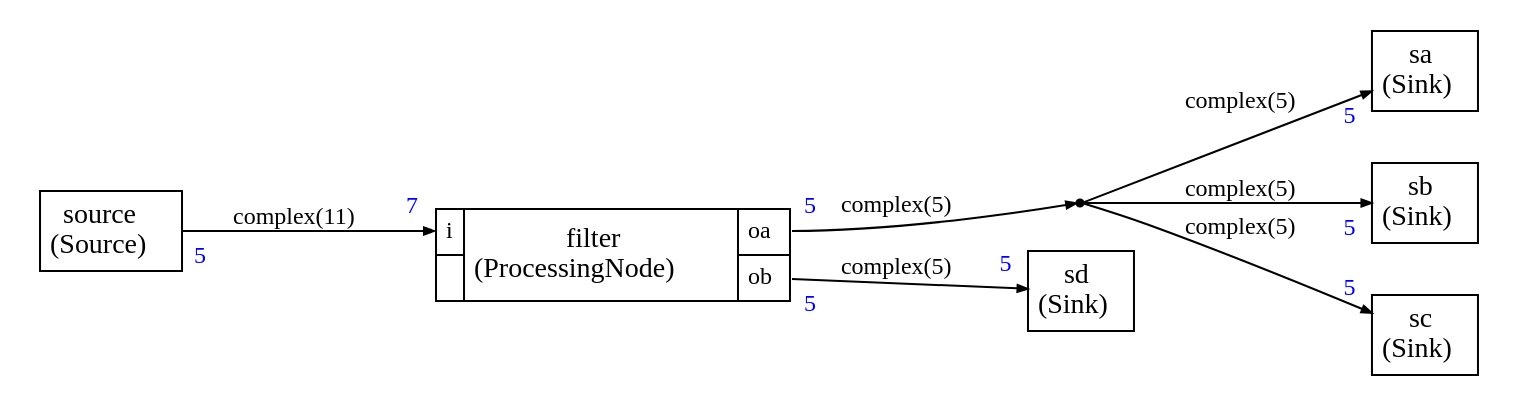
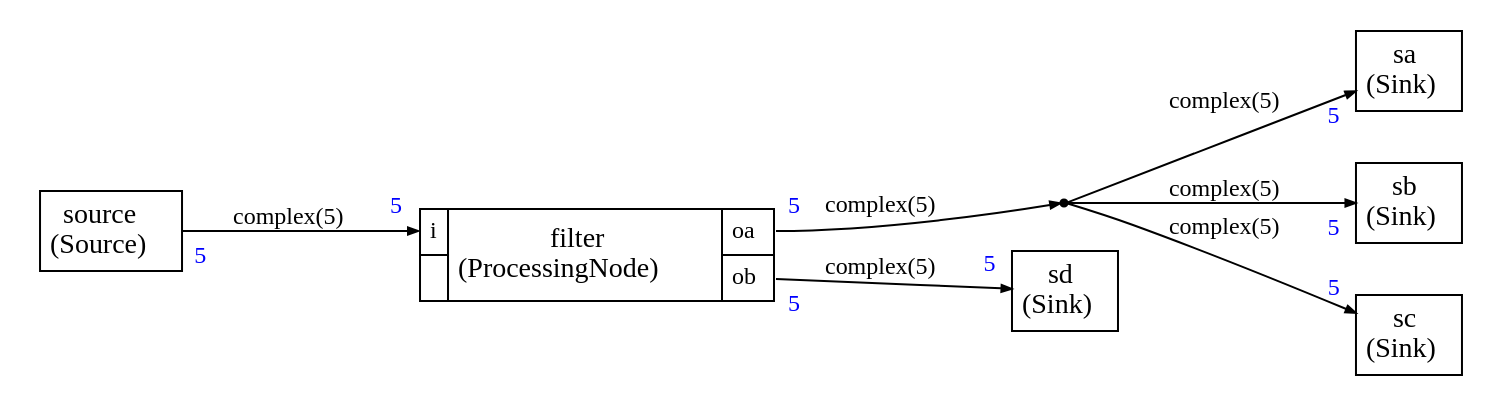
The diagram in Examples/example8/test.dot (ARM-software/CMSIS-Stream), drawn with Graphviz before and after one commit. The commit also changed 128 other files, not shown here.

```diff
--- a/Examples/example8/test.dot
+++ b/Examples/example8/test.dot
@@ -1,104 +1,104 @@
 
 
 
 
 digraph structs {
     bgcolor = "white"
     node [shape=plaintext,color="black",fontcolor="black",fontname="Times-Roman"]
     rankdir=LR
     edge [arrowsize="0.5",color="black",fontcolor="black",fontname="Times-Roman"]
 
 
 dup0 [shape=point,label="dup0"]
 
 
 filter [label=<
 <TABLE color="black" bgcolor="none" BORDER="0" CELLBORDER="1" CELLSPACING="0" CELLPADDING="4">
   <TR>
     <TD PORT="i"><FONT POINT-SIZE="12.0" COLOR="black">i</FONT></TD>
     <TD ALIGN="CENTER" ROWSPAN="2"><FONT COLOR="black" POINT-SIZE="14.0">filter<BR/>(ProcessingNode)</FONT></TD>
     <TD PORT="oa"><FONT POINT-SIZE="12.0" COLOR="black">oa</FONT></TD>
   </TR>
 <TR>
  
 <TD></TD>
 <TD PORT="ob"><FONT POINT-SIZE="12.0" COLOR="black">ob</FONT></TD>
 </TR>
 
 </TABLE>>];
 
 sa [label=<
 <TABLE color="black" bgcolor="none" BORDER="0" CELLBORDER="1" CELLSPACING="0" CELLPADDING="4">
   <TR>
     <TD ALIGN="CENTER" PORT="i"><FONT COLOR="black" POINT-SIZE="14.0">sa<BR/>(Sink)</FONT></TD>
   </TR>
 </TABLE>>];
 
 sb [label=<
 <TABLE color="black" bgcolor="none" BORDER="0" CELLBORDER="1" CELLSPACING="0" CELLPADDING="4">
   <TR>
     <TD ALIGN="CENTER" PORT="i"><FONT COLOR="black" POINT-SIZE="14.0">sb<BR/>(Sink)</FONT></TD>
   </TR>
 </TABLE>>];
 
 sc [label=<
 <TABLE color="black" bgcolor="none" BORDER="0" CELLBORDER="1" CELLSPACING="0" CELLPADDING="4">
   <TR>
     <TD ALIGN="CENTER" PORT="i"><FONT COLOR="black" POINT-SIZE="14.0">sc<BR/>(Sink)</FONT></TD>
   </TR>
 </TABLE>>];
 
 sd [label=<
 <TABLE color="black" bgcolor="none" BORDER="0" CELLBORDER="1" CELLSPACING="0" CELLPADDING="4">
   <TR>
     <TD ALIGN="CENTER" PORT="i"><FONT COLOR="black" POINT-SIZE="14.0">sd<BR/>(Sink)</FONT></TD>
   </TR>
 </TABLE>>];
 
 source [label=<
 <TABLE color="black" bgcolor="none" BORDER="0" CELLBORDER="1" CELLSPACING="0" CELLPADDING="4">
   <TR>
     <TD ALIGN="CENTER" PORT="i"><FONT COLOR="black" POINT-SIZE="14.0">source<BR/>(Source)</FONT></TD>
   </TR>
 </TABLE>>];
 
 
 
-source:i -> filter:i [style="solid",color="black",fontsize="12.0",fontcolor="black",label=<complex(11)>
-,headlabel=<<TABLE BORDER="0" CELLPADDING="4"><TR><TD><FONT COLOR="blue" POINT-SIZE="12.0" >7</FONT>
+source:i -> filter:i [style="solid",color="black",fontsize="12.0",fontcolor="black",label=<complex(5)>
+,headlabel=<<TABLE BORDER="0" CELLPADDING="4"><TR><TD><FONT COLOR="blue" POINT-SIZE="12.0" >5</FONT>
 </TD></TR></TABLE>>
 ,taillabel=<<TABLE BORDER="0" CELLPADDING="4"><TR><TD><FONT COLOR="blue" POINT-SIZE="12.0" >5</FONT>
 </TD></TR></TABLE>>]
 
 filter:ob -> sd:i [style="solid",color="black",fontsize="12.0",fontcolor="black",label=<complex(5)>
 ,headlabel=<<TABLE BORDER="0" CELLPADDING="4"><TR><TD><FONT COLOR="blue" POINT-SIZE="12.0" >5</FONT>
 </TD></TR></TABLE>>
 ,taillabel=<<TABLE BORDER="0" CELLPADDING="4"><TR><TD><FONT COLOR="blue" POINT-SIZE="12.0" >5</FONT>
 </TD></TR></TABLE>>]
 
 filter:oa ->  
 dup0 [style="solid",color="black",fontsize="12.0",fontcolor="black",label=<complex(5)>
 
 ,taillabel=<<TABLE BORDER="0" CELLPADDING="4"><TR><TD><FONT COLOR="blue" POINT-SIZE="12.0" >5</FONT>
 </TD></TR></TABLE>>]
 
  
 dup0 -> sa:i [style="solid",color="black",fontsize="12.0",fontcolor="black",label=<complex(5)>
 ,headlabel=<<TABLE BORDER="0" CELLPADDING="4"><TR><TD><FONT COLOR="blue" POINT-SIZE="12.0" >5</FONT>
 </TD></TR></TABLE>>
 ]
 
  
 dup0 -> sb:i [style="solid",color="black",fontsize="12.0",fontcolor="black",label=<complex(5)>
 ,headlabel=<<TABLE BORDER="0" CELLPADDING="4"><TR><TD><FONT COLOR="blue" POINT-SIZE="12.0" >5</FONT>
 </TD></TR></TABLE>>
 ]
 
  
 dup0 -> sc:i [style="solid",color="black",fontsize="12.0",fontcolor="black",label=<complex(5)>
 ,headlabel=<<TABLE BORDER="0" CELLPADDING="4"><TR><TD><FONT COLOR="blue" POINT-SIZE="12.0" >5</FONT>
 </TD></TR></TABLE>>
 ]
 
 
 }
```
